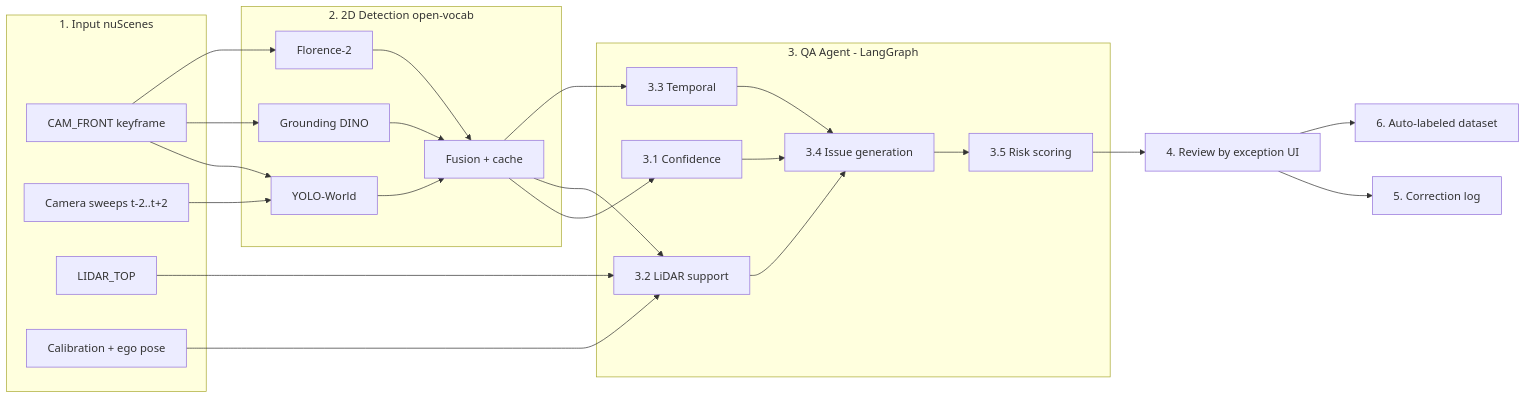
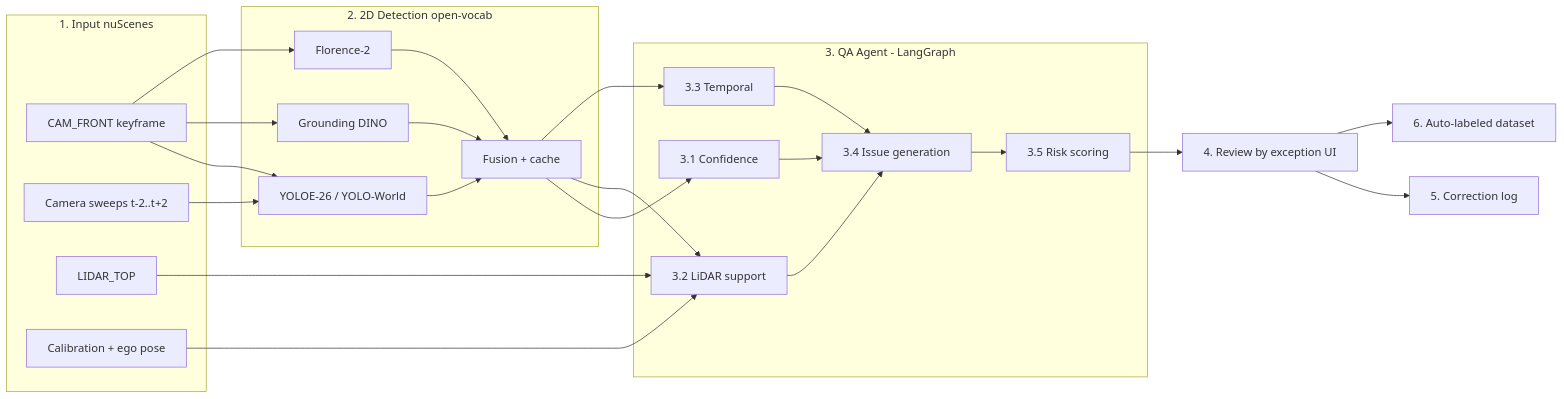
Before and after one commit to vietvuivui/P-130-demo: the first of 2 diagrams in docs/architecture_diagram.md, drawn with Mermaid. The commit also changed other lines of this file and 40 other files, not shown here.

````diff
--- a/docs/architecture_diagram.md
+++ b/docs/architecture_diagram.md
@@ -5,31 +5,31 @@
 ```mermaid
 graph LR
     subgraph IN[1. Input nuScenes]
         K[CAM_FRONT keyframe]
         SW[Camera sweeps t-2..t+2]
         L[LIDAR_TOP]
         C[Calibration + ego pose]
     end
     subgraph DET[2. 2D Detection open-vocab]
-        YW[YOLO-World]
+        YW[YOLOE-26 / YOLO-World]
         GD[Grounding DINO]
         F2[Florence-2]
         FU[Fusion + cache]
     end
     subgraph QA[3. QA Agent - LangGraph]
         Q1[3.1 Confidence]
         Q2[3.2 LiDAR support]
         Q3[3.3 Temporal]
         Q4[3.4 Issue generation]
         Q5[3.5 Risk scoring]
     end
     K --> YW & GD & F2
     SW --> YW
     YW & GD & F2 --> FU
     FU --> Q1 & Q2 & Q3
     L & C --> Q2
     Q1 & Q2 & Q3 --> Q4 --> Q5
     Q5 --> UI[4. Review by exception UI]
     UI --> LOG[5. Correction log]
     UI --> DS[6. Auto-labeled dataset]
 ```
````
